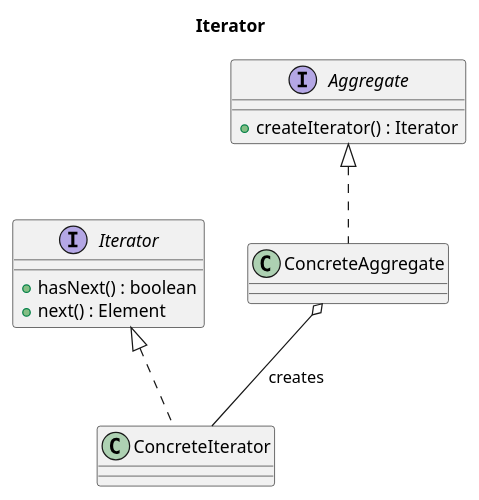
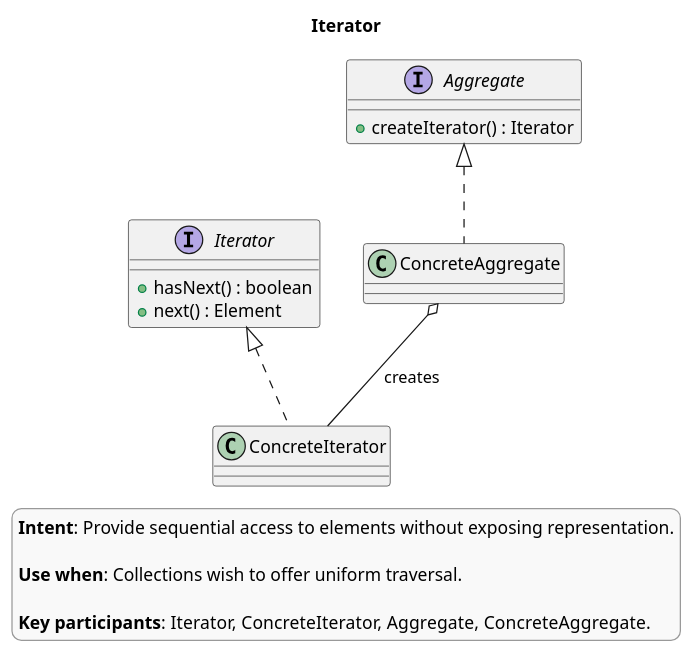
The diagram in theory/behavioral/iterator/class.puml (AkselErenberk/design-patterns), drawn with PlantUML before and after one commit. The commit also changed 26 other files, not shown here.

Commit message:
design pattern class diagrams

```diff
--- a/theory/behavioral/iterator/class.puml
+++ b/theory/behavioral/iterator/class.puml
@@ -1,19 +1,30 @@
 @startuml
 title Iterator
+
+skinparam legendBackgroundColor #f9f9f9
+skinparam legendBorderColor #999999
+
+legend right
+**Intent**: Provide sequential access to elements without exposing representation.
+
+**Use when**: Collections wish to offer uniform traversal.
+
+**Key participants**: Iterator, ConcreteIterator, Aggregate, ConcreteAggregate.
+endlegend
 
 interface Iterator {
   +hasNext() : boolean
   +next() : Element
 }
 
 interface Aggregate {
   +createIterator() : Iterator
 }
 
 class ConcreteIterator
 class ConcreteAggregate
 
 Iterator <|.. ConcreteIterator
 Aggregate <|.. ConcreteAggregate
 ConcreteAggregate o-- ConcreteIterator : creates
 @enduml
```
